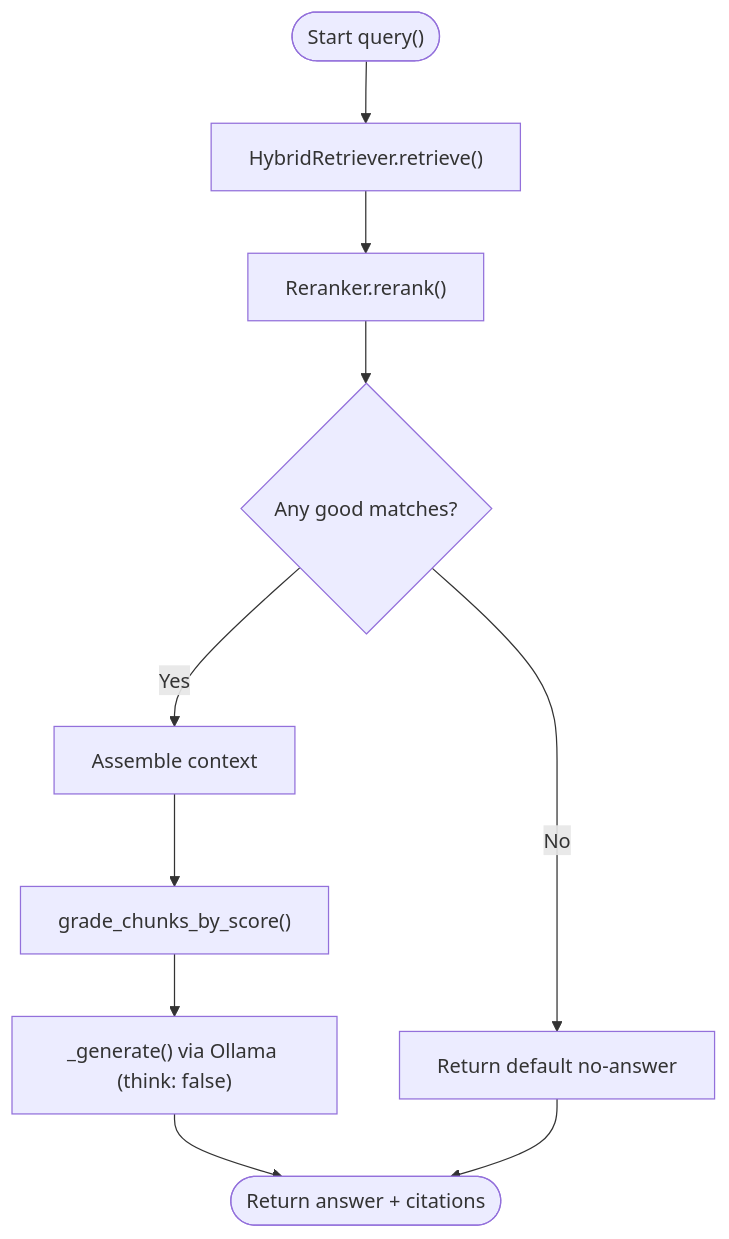
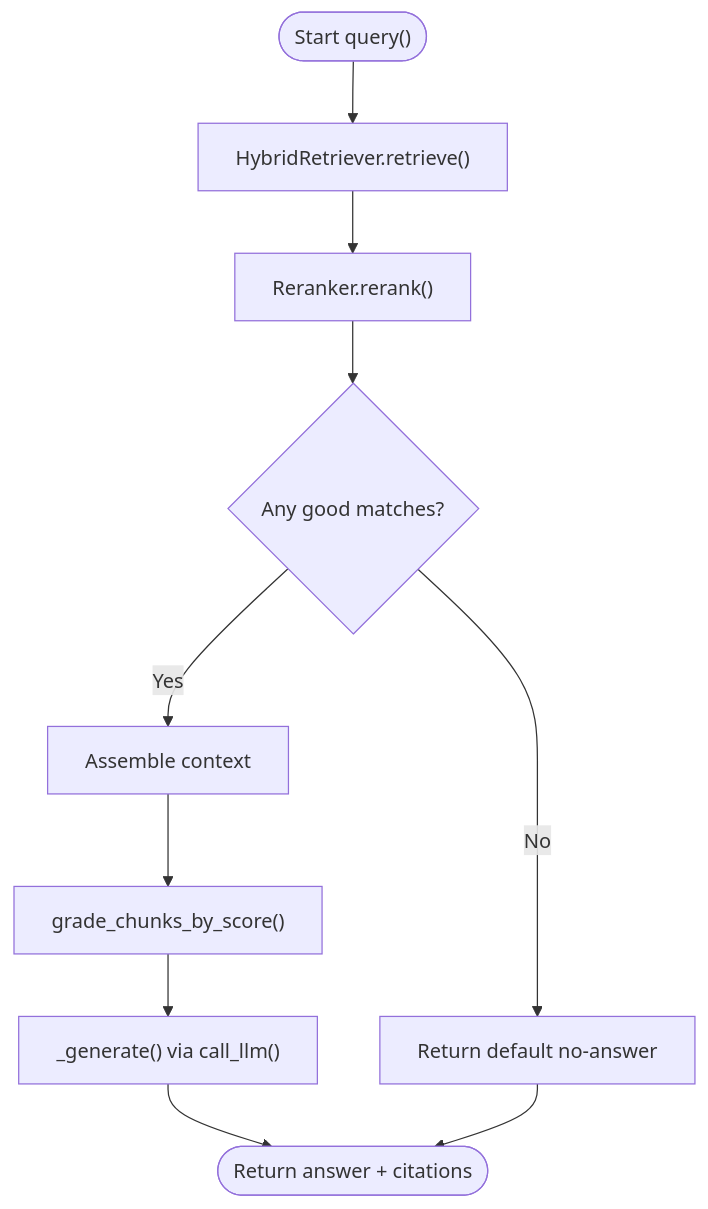
One commit to genes8/private-ai changed the seventh of 11 diagrams in .qoder/repowiki/en/content/AI Agent Pipeline/LLM Integration and Ollama.md. Above: the diagram before and after it, drawn with Mermaid. The commit also changed other lines of this file and 55 other files, not shown here.

````diff
--- a/.qoder/repowiki/en/content/AI Agent Pipeline/LLM Integration and Ollama.md
+++ b/.qoder/repowiki/en/content/AI Agent Pipeline/LLM Integration and Ollama.md
@@ -245,12 +286,12 @@
 ```mermaid
 flowchart TD
 Start(["Start query()"]) --> Retrieve["HybridRetriever.retrieve()"]
 Retrieve --> Rerank["Reranker.rerank()"]
 Rerank --> Check{"Any good matches?"}
 Check --> |No| NoAns["Return default no-answer"]
 Check --> |Yes| BuildCtx["Assemble context"]
 BuildCtx --> ScoreGrade["grade_chunks_by_score()"]
-ScoreGrade --> Gen["_generate() via Ollama (think: false)"]
+ScoreGrade --> Gen["_generate() via call_llm()"]
 Gen --> End(["Return answer + citations"])
 NoAns --> End
 ```
````
